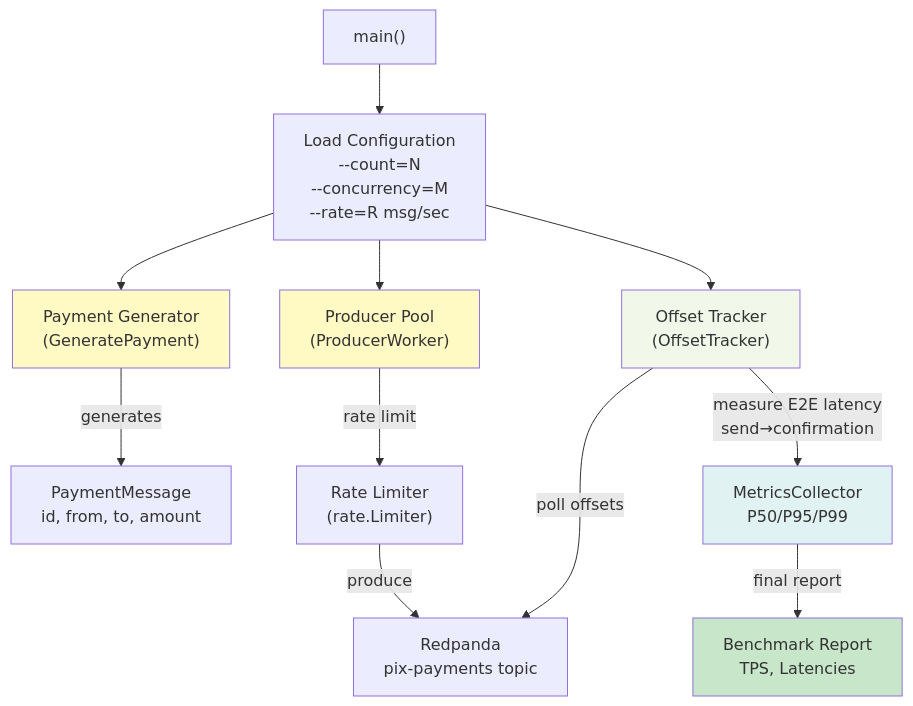
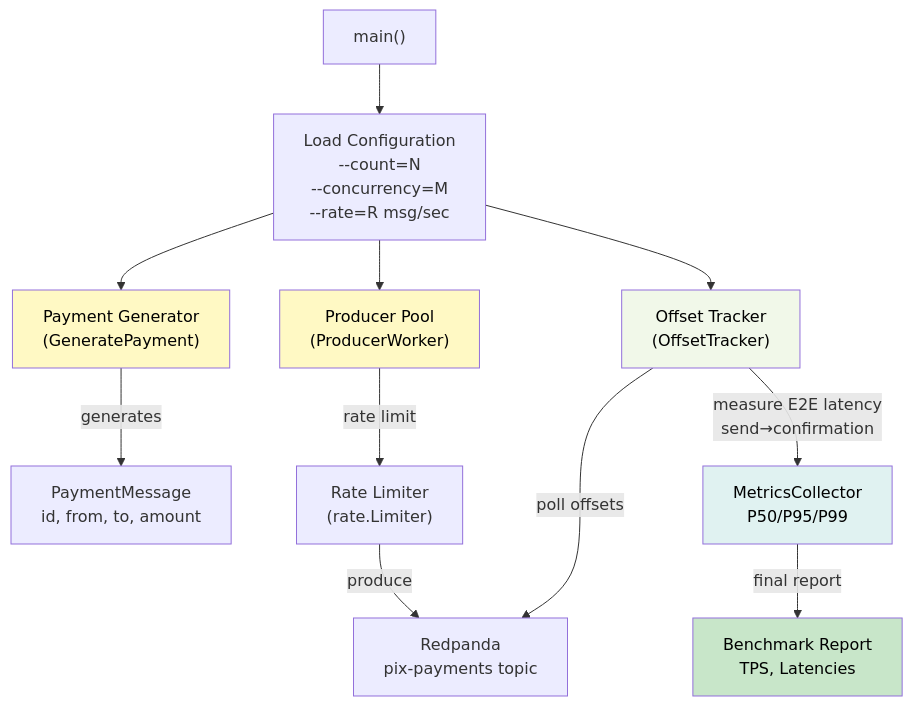
Before and after one commit to evertonstz/TigerbeetleMiniPIX: the third of 19 diagrams in ARCHITECTURE.md, drawn with Mermaid. The commit also changed other lines of this file, not shown here.

Commit message:
docs: improve Mermaid diagram text readability with dark text colors

````diff
--- a/ARCHITECTURE.md
+++ b/ARCHITECTURE.md
@@ -89,25 +89,25 @@
 ```mermaid
 graph TD
     Main["main()"]
     
     Main --> Config["Load Configuration<br/>--count=N<br/>--concurrency=M<br/>--rate=R msg/sec"]
     
     Config --> Producer["Producer Pool<br/>(ProducerWorker)"]
     Config --> PaymentGen["Payment Generator<br/>(GeneratePayment)"]
     Config --> Tracker["Offset Tracker<br/>(OffsetTracker)"]
     
     PaymentGen -->|generates| PaymentMsg["PaymentMessage<br/>id, from, to, amount"]
     Producer -->|rate limit| RateLimiter["Rate Limiter<br/>(rate.Limiter)"]
     RateLimiter -->|produce| Redpanda["Redpanda<br/>pix-payments topic"]
     
     Tracker -->|poll offsets| Redpanda
     Tracker -->|measure E2E latency<br/>send→confirmation| Metrics["MetricsCollector<br/>P50/P95/P99"]
     
     Metrics -->|final report| Report["Benchmark Report<br/>TPS, Latencies"]
     
-    style Producer fill:#fff9c4
-    style PaymentGen fill:#fff9c4
-    style Tracker fill:#f1f8e9
-    style Metrics fill:#e0f2f1
-    style Report fill:#c8e6c9
+    style Producer fill:#fff9c4,color:#000
+    style PaymentGen fill:#fff9c4,color:#000
+    style Tracker fill:#f1f8e9,color:#000
+    style Metrics fill:#e0f2f1,color:#000
+    style Report fill:#c8e6c9,color:#000
 ```
````
